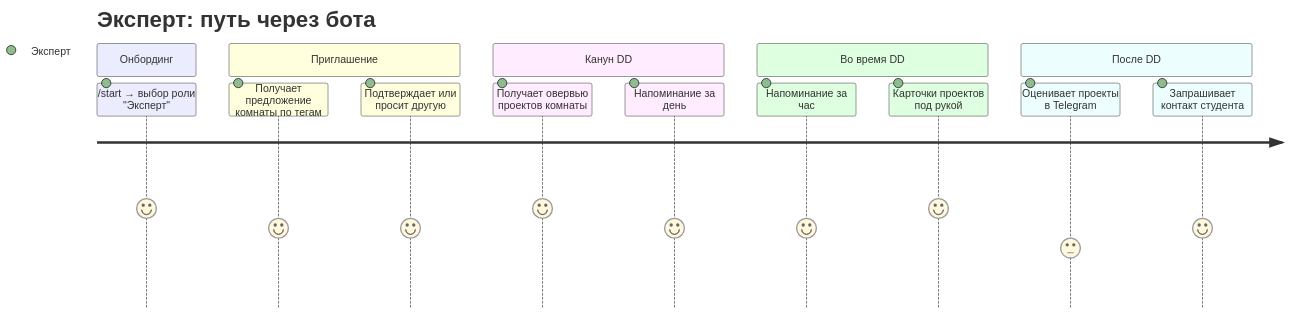
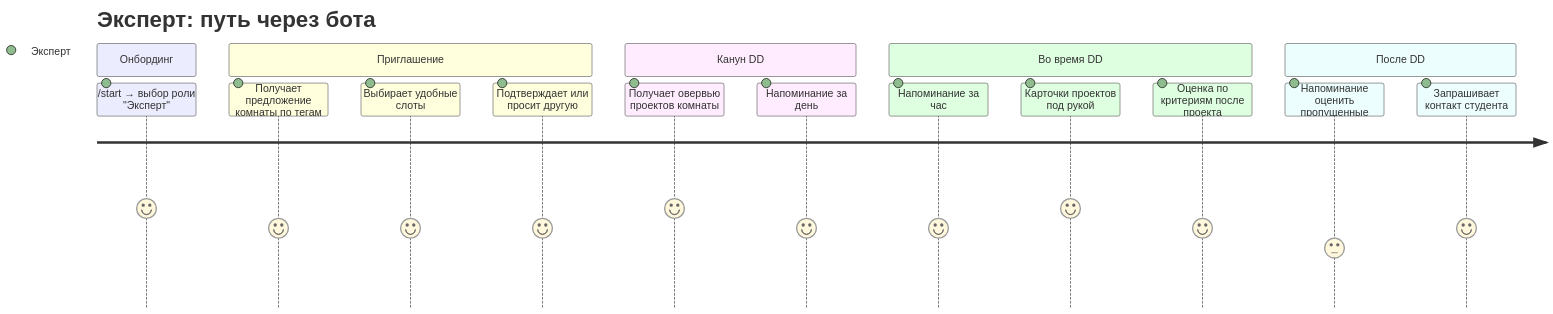
The third of 5 diagrams in docs/02-specification/03-user-journey-map.md (demoday-ai/eventai-platform), drawn with Mermaid before and after one commit. The commit also changed 1 other file, not shown here.

Commit message:
Update expert journey diagram with slot selection and per-project eval
Based on expert interview: added slot selection step, moved evaluation
to during DD (per-project with criteria), after DD now shows reminder only.

````diff
--- a/docs/02-specification/03-user-journey-map.md
+++ b/docs/02-specification/03-user-journey-map.md
@@ -101,18 +101,20 @@
 ```mermaid
 journey
     title Эксперт: путь через бота
     section Онбординг
       /start → выбор роли "Эксперт": 5: Эксперт
     section Приглашение
       Получает предложение комнаты по тегам: 4: Эксперт
+      Выбирает удобные слоты: 4: Эксперт
       Подтверждает или просит другую: 4: Эксперт
     section Канун DD
       Получает овервью проектов комнаты: 5: Эксперт
       Напоминание за день: 4: Эксперт
     section Во время DD
       Напоминание за час: 4: Эксперт
       Карточки проектов под рукой: 5: Эксперт
+      Оценка по критериям после проекта: 4: Эксперт
     section После DD
-      Оценивает проекты в Telegram: 3: Эксперт
+      Напоминание оценить пропущенные: 3: Эксперт
       Запрашивает контакт студента: 4: Эксперт
 ```
````
